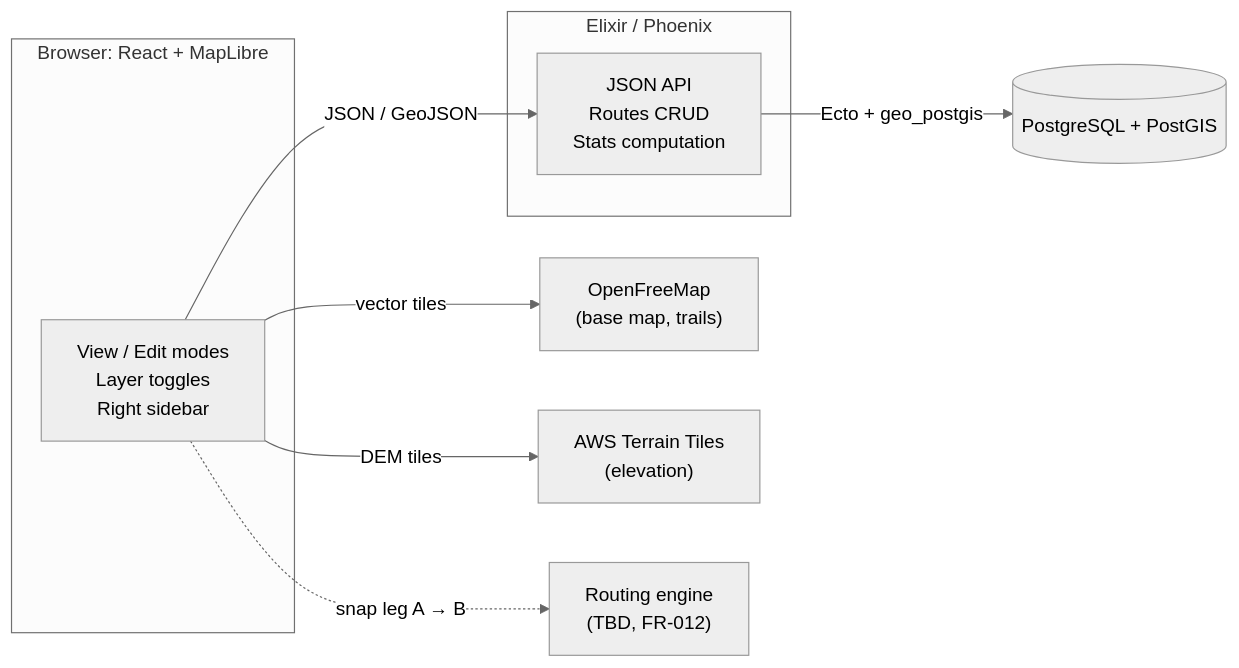
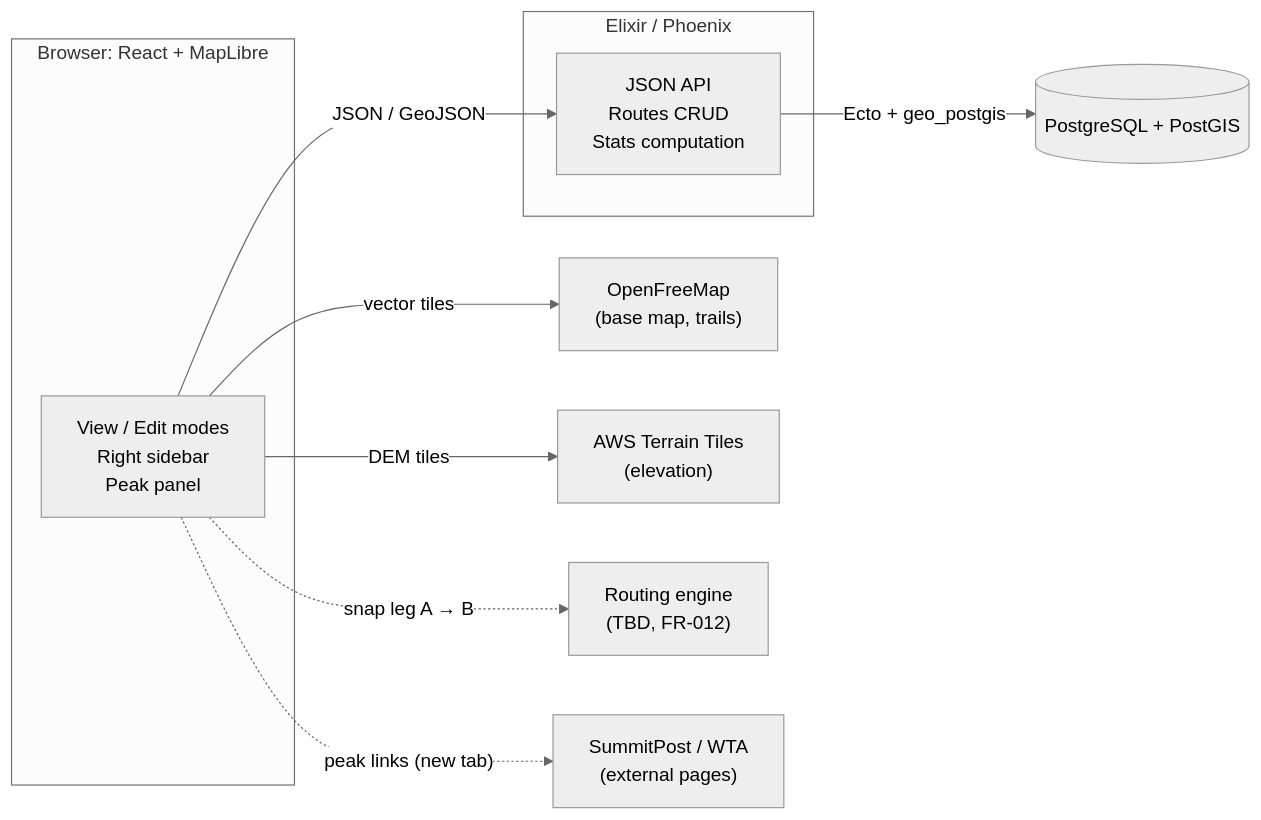
Before and after one commit to alecswift/steer: the diagram in SPEC.md, drawn with Mermaid (neutral theme). The commit also changed other lines of this file and 1 other file, not shown here.

````diff
--- a/SPEC.md
+++ b/SPEC.md
@@ -168,21 +202,23 @@
 ```mermaid
 flowchart LR
     subgraph Client["Browser: React + MapLibre"]
-        UI["View / Edit modes<br/>Layer toggles<br/>Right sidebar"]
+        UI["View / Edit modes<br/>Right sidebar<br/>Peak panel"]
     end
 
     subgraph Backend["Elixir / Phoenix"]
         API["JSON API<br/>Routes CRUD<br/>Stats computation"]
     end
 
     DB[("PostgreSQL + PostGIS")]
     Tiles["OpenFreeMap<br/>(base map, trails)"]
     DEM["AWS Terrain Tiles<br/>(elevation)"]
     Router["Routing engine<br/>(TBD, FR-012)"]
+    Sites["SummitPost / WTA<br/>(external pages)"]
 
     UI -- "JSON / GeoJSON" --> API
     API -- "Ecto + geo_postgis" --> DB
     UI -- "vector tiles" --> Tiles
     UI -- "DEM tiles" --> DEM
     UI -. "snap leg A → B" .-> Router
+    UI -. "peak links (new tab)" .-> Sites
 ```
````
